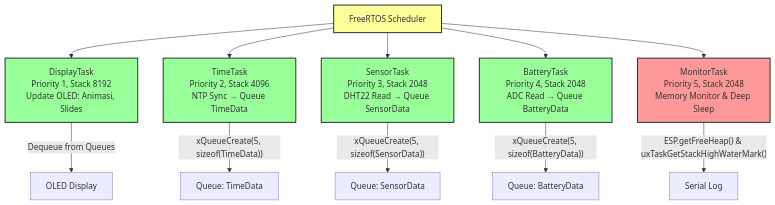
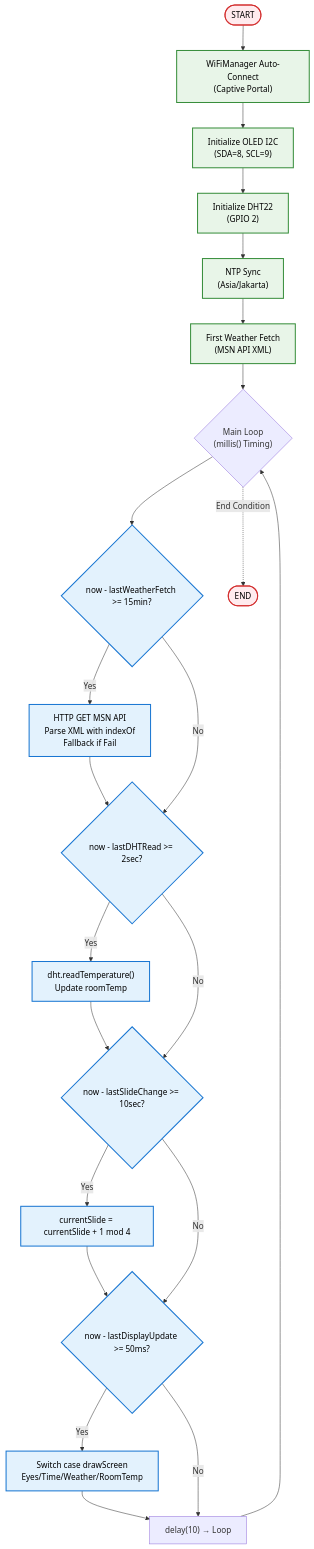
The first of 2 diagrams in esp32-mini-weather-station/README.md (ficrammanifur/tugass), drawn with Mermaid before and after one commit. The commit also changed other lines of this file, not shown here.

````diff
--- a/esp32-mini-weather-station/README.md
+++ b/esp32-mini-weather-station/README.md
@@ -109,19 +204,47 @@
 ```mermaid
-graph TB
-    A[FreeRTOS Scheduler] --> B[DisplayTask<br/>Priority 1, Stack 8192<br/>Update OLED: Animasi, Slides]
-    A --> C[TimeTask<br/>Priority 2, Stack 4096<br/>NTP Sync → Queue TimeData]
-    A --> D[SensorTask<br/>Priority 3, Stack 2048<br/>DHT22 Read → Queue SensorData]
-    A --> E[BatteryTask<br/>Priority 4, Stack 2048<br/>ADC Read → Queue BatteryData]
-    A --> F[MonitorTask<br/>Priority 5, Stack 2048<br/>Memory Monitor & Deep Sleep]
-    B -->|Dequeue from Queues| G[OLED Display]
-    C -->|"xQueueCreate(5, sizeof(TimeData))"| H[Queue: TimeData]
-    D -->|"xQueueCreate(5, sizeof(SensorData))"| I[Queue: SensorData]
-    E -->|"xQueueCreate(5, sizeof(BatteryData))"| J[Queue: BatteryData]
-    F -->|"ESP.getFreeHeap() & uxTaskGetStackHighWaterMark()"| K[Serial Log]
-    style A fill:#ff9,stroke:#333,stroke-width:2px
-    style B fill:#9f9,stroke:#333,stroke-width:2px
-    style C fill:#9f9,stroke:#333,stroke-width:2px
-    style D fill:#9f9,stroke:#333,stroke-width:2px
-    style E fill:#9f9,stroke:#333,stroke-width:2px
-    style F fill:#f99,stroke:#333,stroke-width:2px
+flowchart TD
+    START([START])
+    INIT_WIFI["WiFiManager Auto-Connect<br/>(Captive Portal)"]
+    INIT_OLED["Initialize OLED I2C<br/>(SDA=8, SCL=9)"]
+    INIT_DHT["Initialize DHT22<br/>(GPIO 2)"]
+    INIT_TIME["NTP Sync<br/>(Asia/Jakarta)"]
+    FIRST_FETCH["First Weather Fetch<br/>(MSN API XML)"]
+    LOOP{"Main Loop<br/>(millis() Timing)"}
+    WEATHER_CHECK{"now - lastWeatherFetch >= 15min?"}
+    WEATHER_FETCH["HTTP GET MSN API<br/>Parse XML with indexOf<br/>Fallback if Fail"]
+    DHT_CHECK{"now - lastDHTRead >= 2sec?"}
+    DHT_READ["dht.readTemperature()<br/>Update roomTemp"]
+    SLIDE_CHECK{"now - lastSlideChange >= 10sec?"}
+    SLIDE_CHANGE["currentSlide = currentSlide + 1 mod 4"]
+    DISPLAY_CHECK{"now - lastDisplayUpdate >= 50ms?"}
+    DISPLAY_UPDATE["Switch case drawScreen<br/>Eyes/Time/Weather/RoomTemp"]
+    LOOP_BACK["delay(10) → Loop"]
+    END([END])
+    START --> INIT_WIFI
+    INIT_WIFI --> INIT_OLED
+    INIT_OLED --> INIT_DHT
+    INIT_DHT --> INIT_TIME
+    INIT_TIME --> FIRST_FETCH
+    FIRST_FETCH --> LOOP
+    LOOP --> WEATHER_CHECK
+    WEATHER_CHECK -->|Yes| WEATHER_FETCH
+    WEATHER_FETCH --> DHT_CHECK
+    WEATHER_CHECK -->|No| DHT_CHECK
+    DHT_CHECK -->|Yes| DHT_READ
+    DHT_READ --> SLIDE_CHECK
+    DHT_CHECK -->|No| SLIDE_CHECK
+    SLIDE_CHECK -->|Yes| SLIDE_CHANGE
+    SLIDE_CHANGE --> DISPLAY_CHECK
+    SLIDE_CHECK -->|No| DISPLAY_CHECK
+    DISPLAY_CHECK -->|Yes| DISPLAY_UPDATE
+    DISPLAY_UPDATE --> LOOP_BACK
+    DISPLAY_CHECK -->|No| LOOP_BACK
+    LOOP_BACK --> LOOP
+    LOOP -.->|End Condition| END
+    classDef startEnd fill:#ffebee,stroke:#d32f2f,stroke-width:2px,color:#000
+    classDef init fill:#e8f5e8,stroke:#388e3c,stroke-width:2px,color:#000
+    classDef loop fill:#e3f2fd,stroke:#1976d2,stroke-width:2px,color:#000
+    class START,END startEnd
+    class INIT_WIFI,INIT_OLED,INIT_DHT,INIT_TIME,FIRST_FETCH init
+    class WEATHER_CHECK,DHT_CHECK,SLIDE_CHECK,DISPLAY_CHECK,WEATHER_FETCH,DHT_READ,SLIDE_CHANGE,DISPLAY_UPDATE loop
 ```
````
